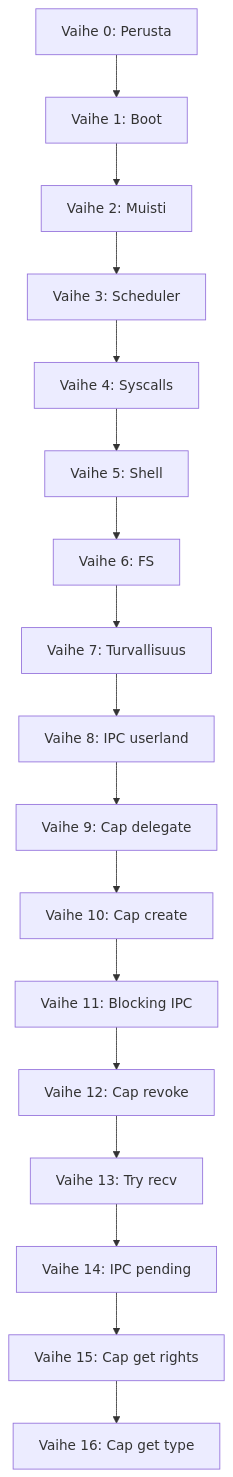
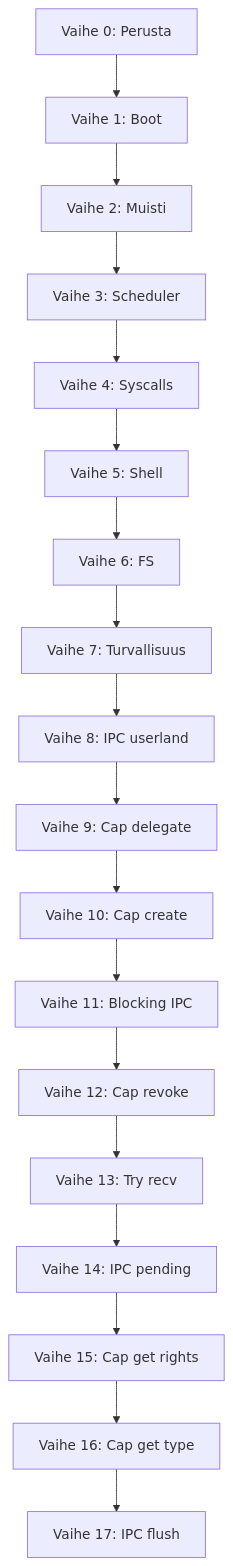
The diagram in docs/ROADMAP.md (Mikko-Huuskonen-Pro/Zinux), drawn with Mermaid before and after one commit. The commit also changed other lines of this file and 17 other files, not shown here.

First line of the commit message:
Phase 17: sys_ipc_flush and userland ipc.flush

````diff
--- a/docs/ROADMAP.md
+++ b/docs/ROADMAP.md
@@ -299,19 +316,20 @@
 ```mermaid
 graph TD
     V0[Vaihe 0: Perusta] --> V1[Vaihe 1: Boot]
     V1 --> V2[Vaihe 2: Muisti]
     V2 --> V3[Vaihe 3: Scheduler]
     V3 --> V4[Vaihe 4: Syscalls]
     V4 --> V5[Vaihe 5: Shell]
     V5 --> V6[Vaihe 6: FS]
     V6 --> V7[Vaihe 7: Turvallisuus]
     V7 --> V8[Vaihe 8: IPC userland]
     V8 --> V9[Vaihe 9: Cap delegate]
     V9 --> V10[Vaihe 10: Cap create]
     V10 --> V11[Vaihe 11: Blocking IPC]
     V11 --> V12[Vaihe 12: Cap revoke]
     V12 --> V13[Vaihe 13: Try recv]
     V13 --> V14[Vaihe 14: IPC pending]
     V14 --> V15[Vaihe 15: Cap get rights]
     V15 --> V16[Vaihe 16: Cap get type]
+    V16 --> V17[Vaihe 17: IPC flush]
 ```
````
